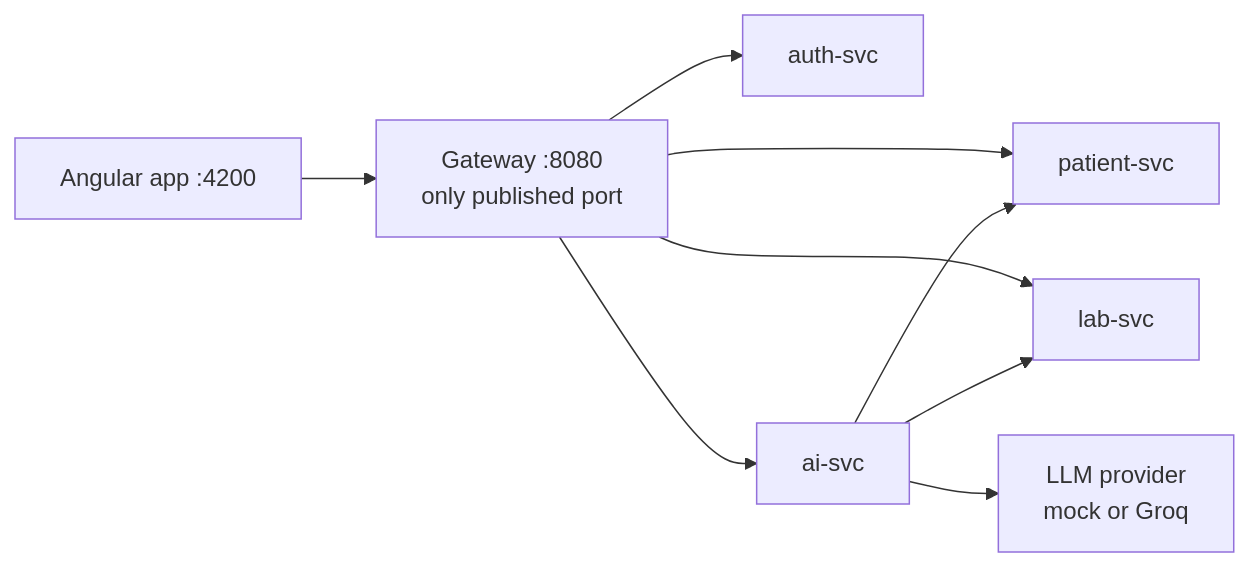
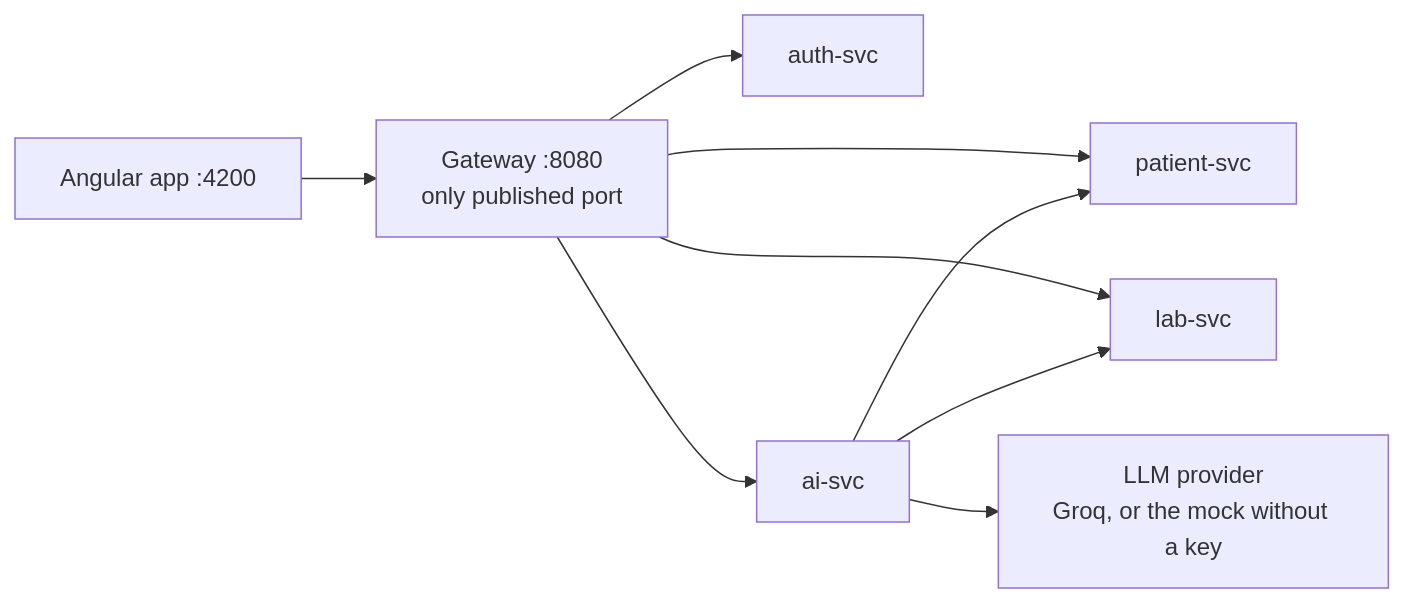
The diagram in README.md (shubh-soubhagya/TyrionEMR), drawn with Mermaid before and after one commit. The commit also changed other lines of this file and 2 other files, not shown here.

Commit message:
docs: Groq is the default provider; the mock is the fallback when no key is set

````diff
--- a/README.md
+++ b/README.md
@@ -37,11 +37,11 @@
 ```mermaid
 flowchart LR
     Browser["Angular app :4200"] --> GW["Gateway :8080<br/>only published port"]
     GW --> AUTH["auth-svc"]
     GW --> PAT["patient-svc"]
     GW --> LAB["lab-svc"]
     GW --> AI["ai-svc"]
     AI --> PAT
     AI --> LAB
-    AI --> LLM["LLM provider<br/>mock or Groq"]
+    AI --> LLM["LLM provider<br/>Groq, or the mock without a key"]
 ```
````
